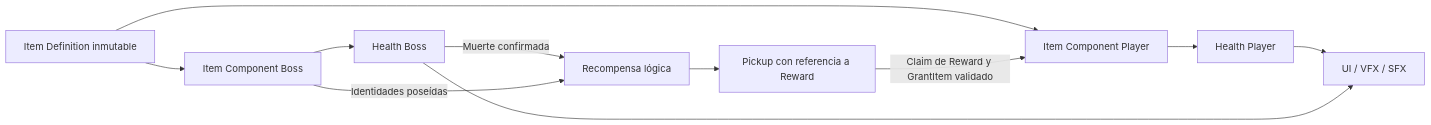
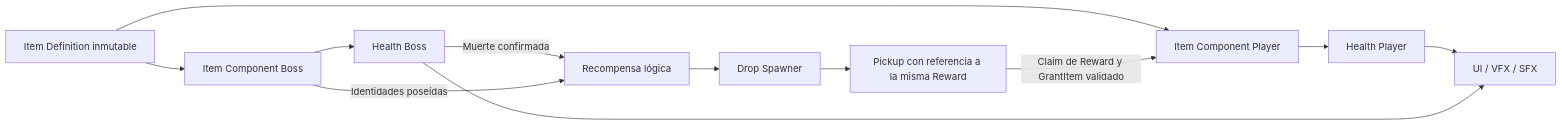
Before and after one commit to magdaleno88/SoulsRogue: the diagram in docs/ARCHITECTURE.md, drawn with Mermaid. The commit also changed other lines of this file and 3 other files, not shown here.

Commit message:
Implement automatic reward pickup spawning

````diff
--- a/docs/ARCHITECTURE.md
+++ b/docs/ARCHITECTURE.md
@@ -153,13 +154,14 @@
 ```mermaid
 flowchart LR
     D[Item Definition inmutable] --> IP[Item Component Player]
     D --> IB[Item Component Boss]
     IP --> HP[Health Player]
     IB --> HB[Health Boss]
     HB -->|Muerte confirmada| R[Recompensa lógica]
     IB -->|Identidades poseídas| R
-    R --> P[Pickup con referencia a Reward]
+    R --> S[Drop Spawner]
+    S --> P[Pickup con referencia a la misma Reward]
     P -->|Claim de Reward y GrantItem validado| IP
     HP --> UI[UI / VFX / SFX]
     HB --> UI
 ```
````
